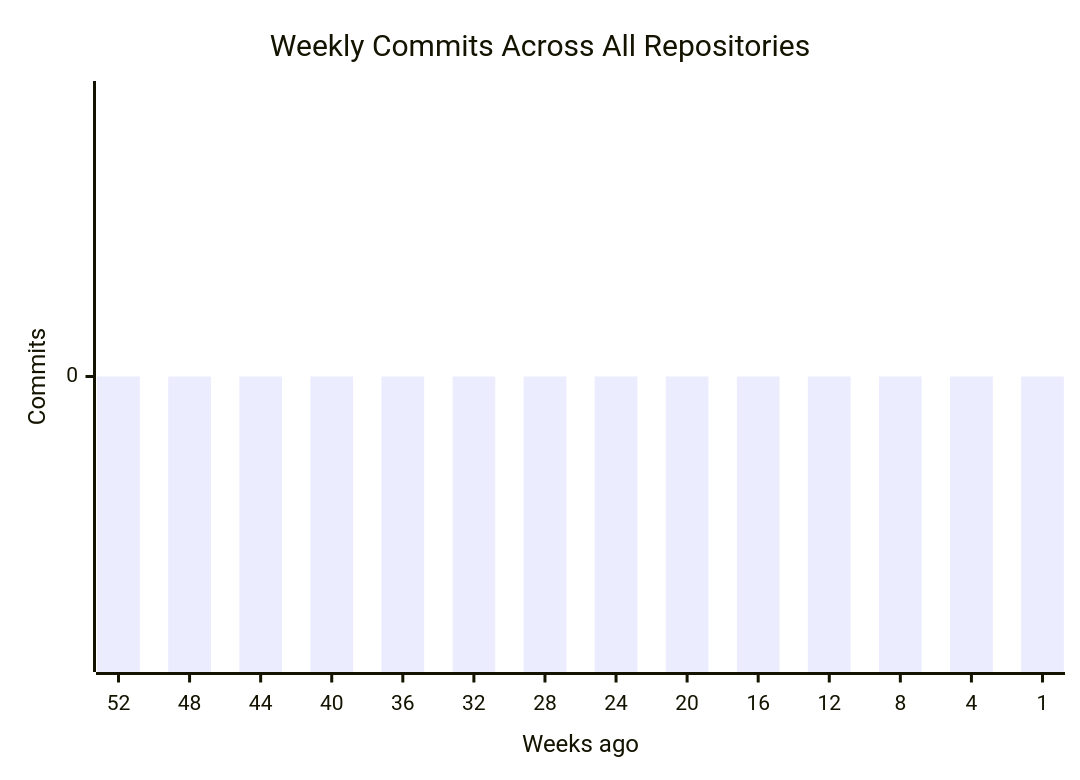
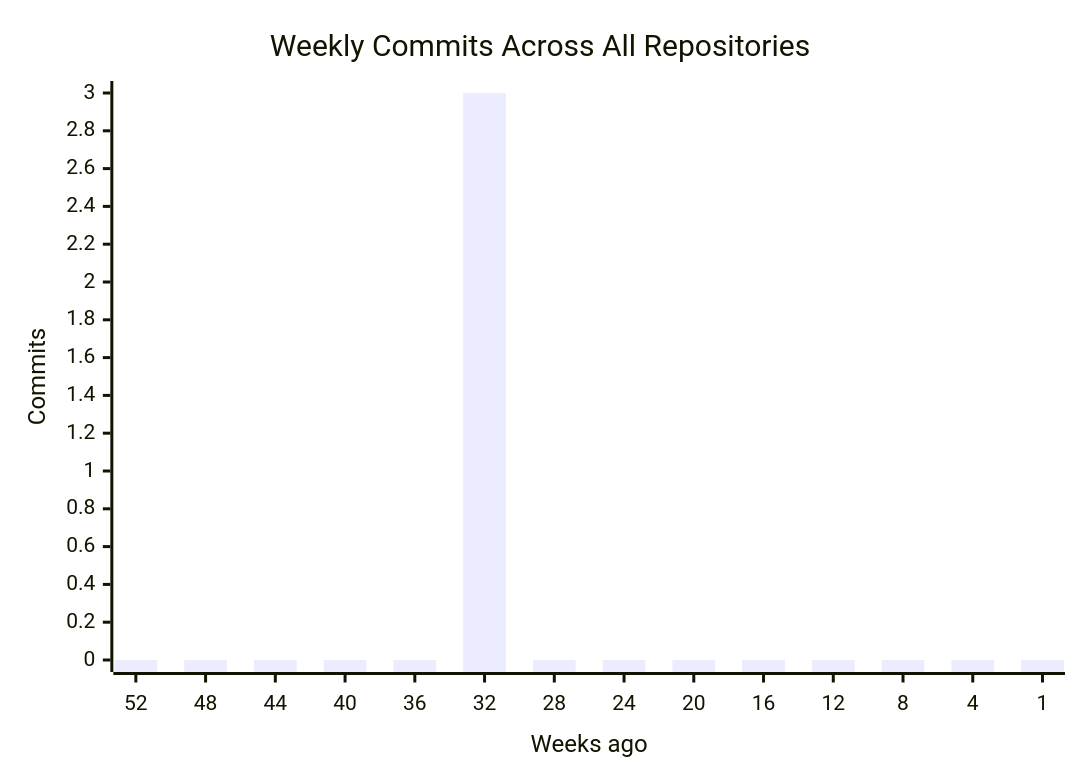
One commit to CSTH-Projects/.github changed the first of 4 diagrams in profile/README.md. Above: the diagram before and after it, drawn with Mermaid. The commit also changed other lines of this file, not shown here.

````diff
--- a/profile/README.md
+++ b/profile/README.md
@@ -17,7 +17,7 @@
 ```mermaid
 xychart-beta
     title "Weekly Commits Across All Repositories"
     x-axis "Weeks ago" [52, 48, 44, 40, 36, 32, 28, 24, 20, 16, 12, 8, 4, 1]
     y-axis "Commits"
-    bar [0, 0, 0, 0, 0, 0, 0, 0, 0, 0, 0, 0, 0, 0]
+    bar [0, 0, 0, 0, 0, 3, 0, 0, 0, 0, 0, 0, 0, 0]
 ```
````
